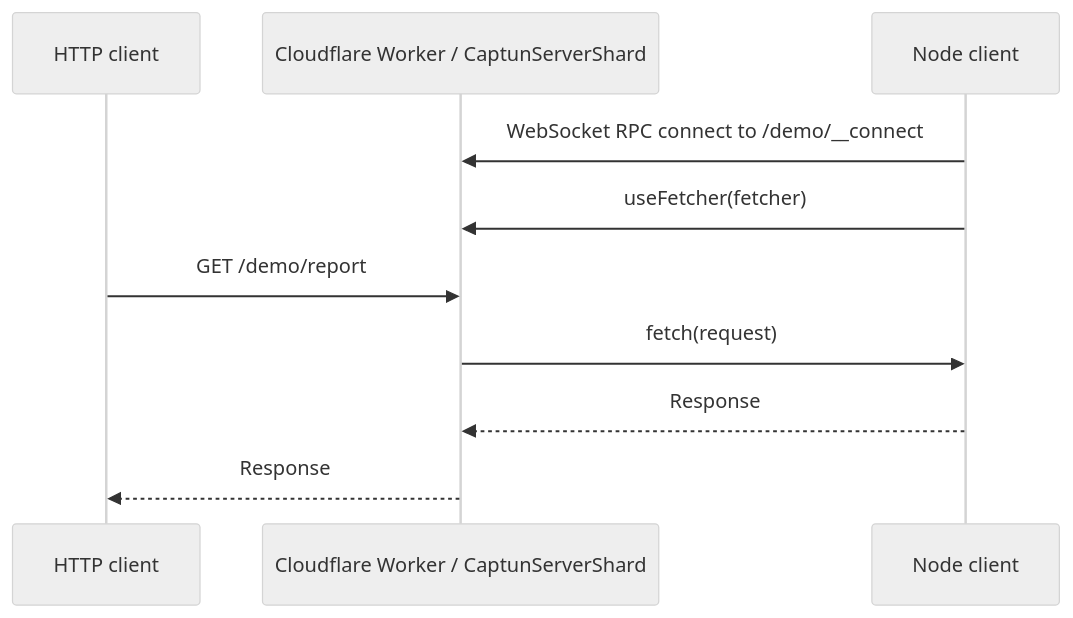
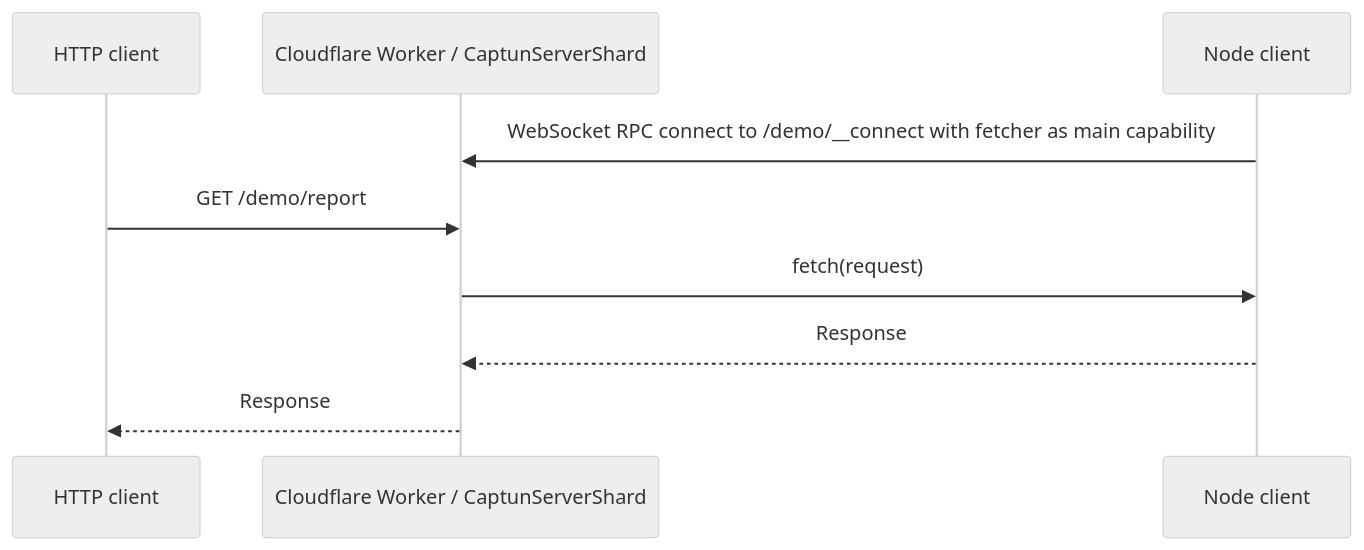
One commit to iterate/capnweb-tunnel changed the diagram in README.md. Above: the diagram before and after it, drawn with Mermaid (neutral theme). The commit also changed other lines of this file and 13 other files, not shown here.

````diff
--- a/README.md
+++ b/README.md
@@ -112,13 +115,12 @@
 ```mermaid
 sequenceDiagram
   participant HTTP as HTTP client
   participant Server as Cloudflare Worker / CaptunServerShard
   participant Client as Node client
 
-  Client->>Server: WebSocket RPC connect to /demo/__connect
-  Client->>Server: useFetcher(fetcher)
+  Client->>Server: WebSocket RPC connect to /demo/__connect with fetcher as main capability
   HTTP->>Server: GET /demo/report
   Server->>Client: fetch(request)
   Client-->>Server: Response
   Server-->>HTTP: Response
 ```
````
